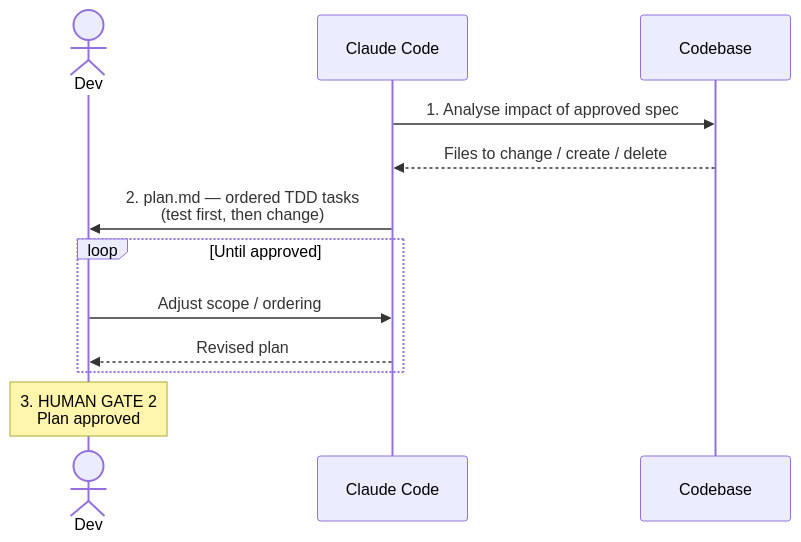
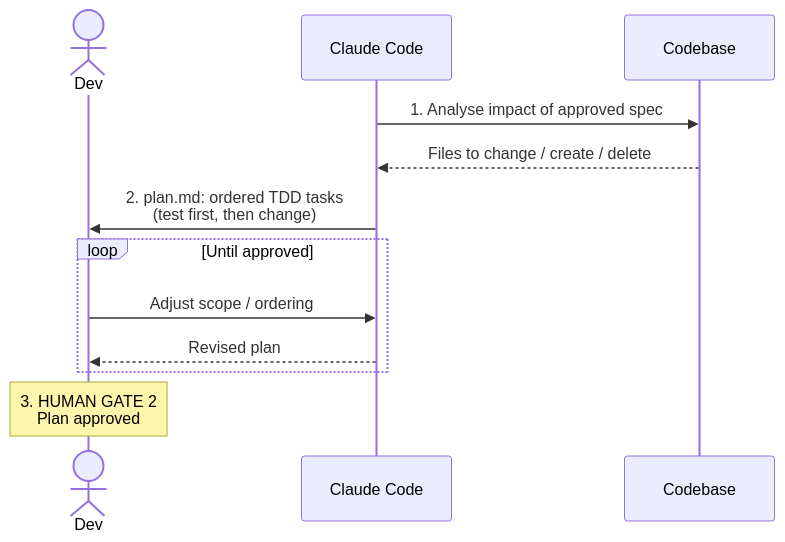
The third of 6 diagrams in docs/aidc-workflow-future.md (Seta-International/ai-sdlc-metrics), drawn with Mermaid before and after one commit. The commit also changed other lines of this file, not shown here.

````diff
--- a/docs/aidc-workflow-future.md
+++ b/docs/aidc-workflow-future.md
@@ -118,15 +118,15 @@
 ```mermaid
 sequenceDiagram
     actor Dev
     participant CC as Claude Code
     participant Repo as Codebase
 
     CC->>Repo: 1. Analyse impact of approved spec
     Repo-->>CC: Files to change / create / delete
-    CC->>Dev: 2. plan.md — ordered TDD tasks<br/>(test first, then change)
+    CC->>Dev: 2. plan.md: ordered TDD tasks<br/>(test first, then change)
     loop Until approved
         Dev->>CC: Adjust scope / ordering
         CC-->>Dev: Revised plan
     end
     Note over Dev: 3. HUMAN GATE 2<br/>Plan approved
 ```
````
